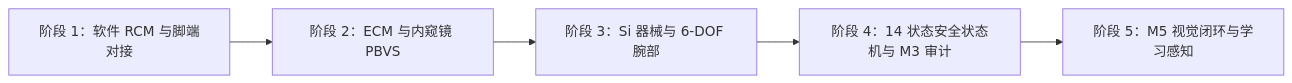
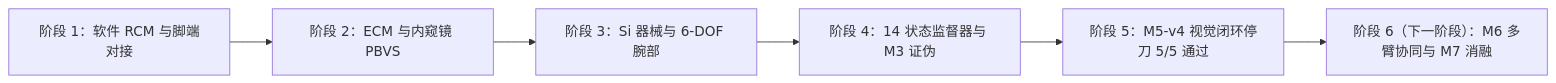
Before and after one commit to Krist21a/davinci-multiarm-rcm-simulation: the first of 5 diagrams in README.md, drawn with Mermaid. The commit also changed other lines of this file and 1 other file, not shown here.

Commit message:
Update README.md for M5-v4 closed-loop milestone with overview figure

````diff
--- a/README.md
+++ b/README.md
@@ -48,7 +49,8 @@
 ```mermaid
 flowchart LR
     S1["阶段 1：软件 RCM 与脚端对接"] --> S2["阶段 2：ECM 与内窥镜 PBVS"]
     S2 --> S3["阶段 3：Si 器械与 6-DOF 腕部"]
-    S3 --> S4["阶段 4：14 状态安全状态机与 M3 审计"]
-    S4 --> S5["阶段 5：M5 视觉闭环与学习感知"]
+    S3 --> S4["阶段 4：14 状态监督器与 M3 证伪"]
+    S4 --> S5["阶段 5：M5-v4 视觉闭环停刀 5/5 通过"]
+    S5 --> S6["阶段 6（下一阶段）：M6 多臂协同与 M7 消融"]
 ```
````
